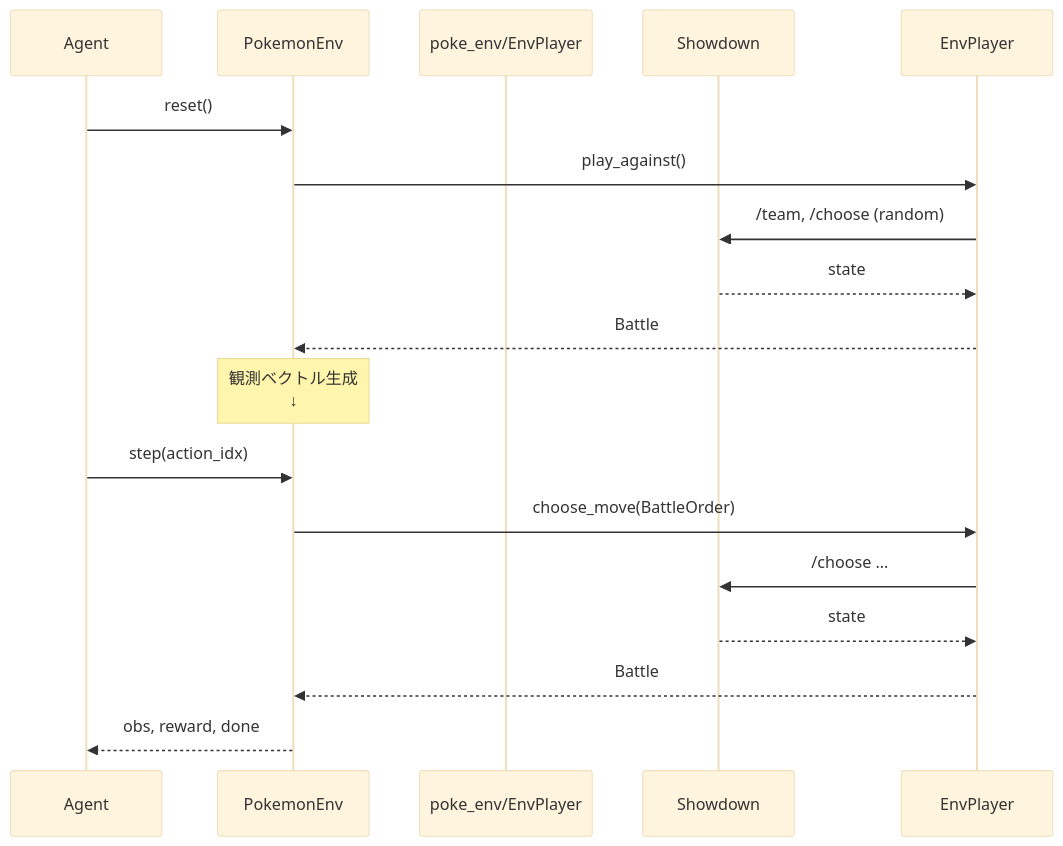
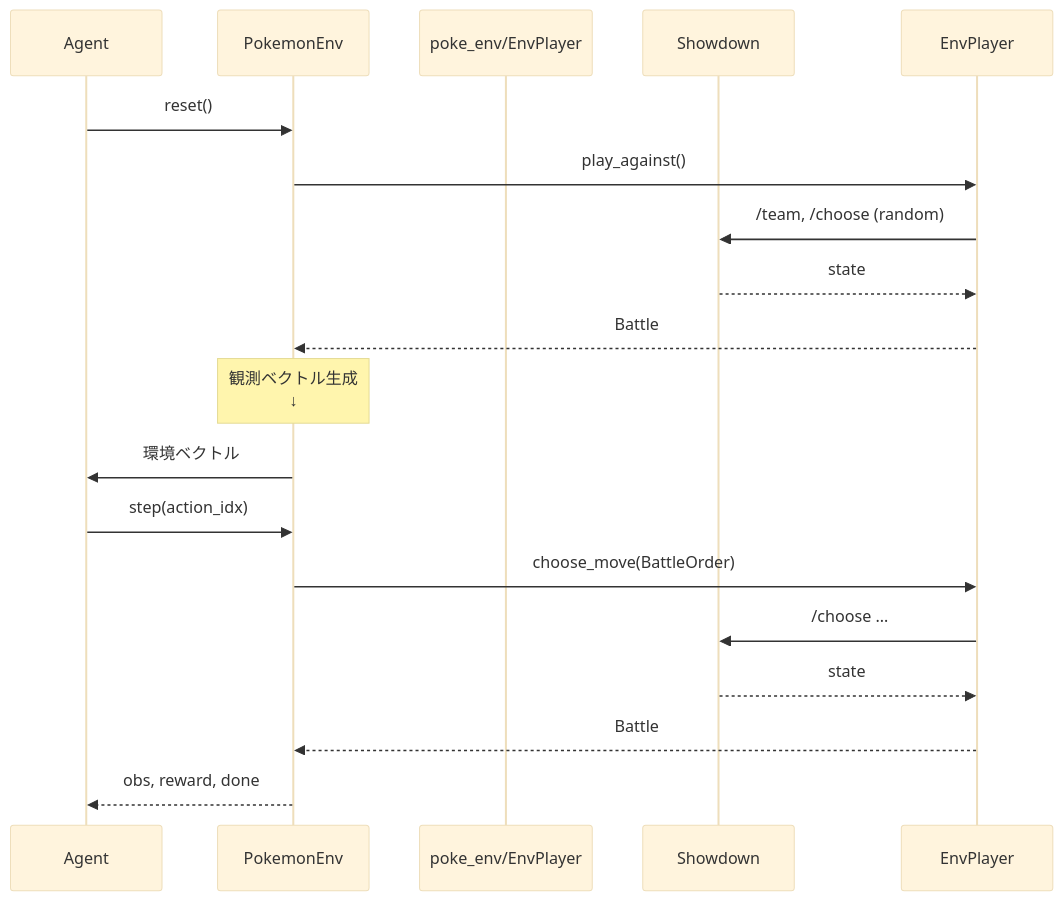
Before and after one commit to TKG1005/Maple: the diagram in docs/AI-design/PokemonEnv_Specification.md, drawn with Mermaid (base theme).

````diff
--- a/docs/AI-design/PokemonEnv_Specification.md
+++ b/docs/AI-design/PokemonEnv_Specification.md
@@ -75,19 +75,20 @@
 ```mermaid
 sequenceDiagram
     participant Agent
     participant PokemonEnv
     participant poke_env/EnvPlayer
     participant Showdown
     Agent->>PokemonEnv: reset()
     PokemonEnv->>EnvPlayer: play_against()
     EnvPlayer->>Showdown: /team, /choose (random)
     Showdown-->>EnvPlayer: state
     EnvPlayer-->>PokemonEnv: Battle
     note over PokemonEnv: 観測ベクトル生成<br/>↓
+    PokemonEnv->>Agent: 環境ベクトル
     Agent->>PokemonEnv: step(action_idx)
     PokemonEnv->>EnvPlayer: choose_move(BattleOrder)
     EnvPlayer->>Showdown: /choose …
     Showdown-->>EnvPlayer: state
     EnvPlayer-->>PokemonEnv: Battle
     PokemonEnv-->>Agent: obs, reward, done
 ```
````
